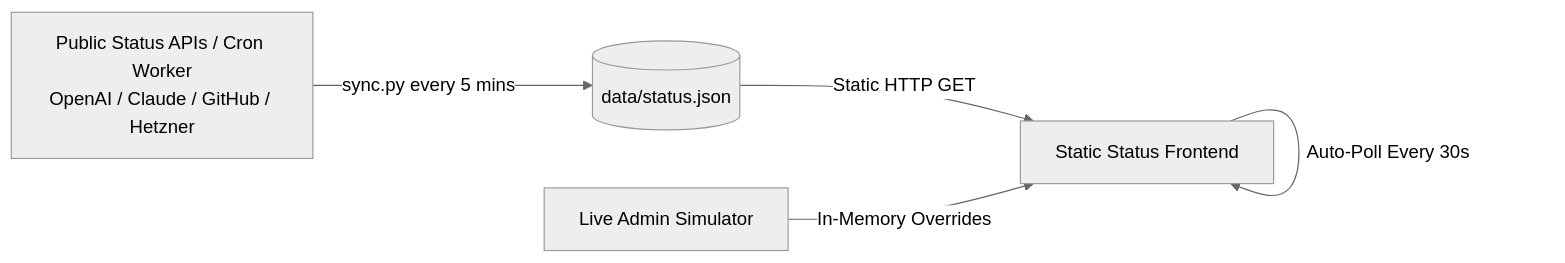
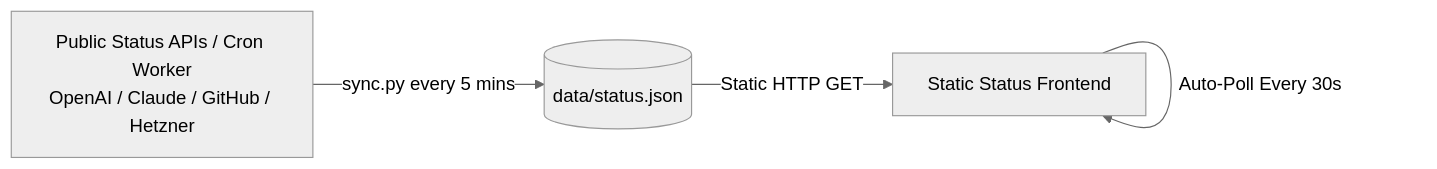
The diagram in README.md (j3dyy/status-hub), drawn with Mermaid (neutral theme) before and after one commit. The commit also changed other lines of this file and 4 other files, not shown here.

````diff
--- a/README.md
+++ b/README.md
@@ -47,7 +46,6 @@
 ```mermaid
 flowchart LR
     A[Public Status APIs / Cron Worker\nOpenAI / Claude / GitHub / Hetzner] -->|sync.py every 5 mins| B[(data/status.json)]
     B -->|Static HTTP GET| C[Static Status Frontend]
     C -->|Auto-Poll Every 30s| C
-    D[Live Admin Simulator] -->|In-Memory Overrides| C
 ```
````
